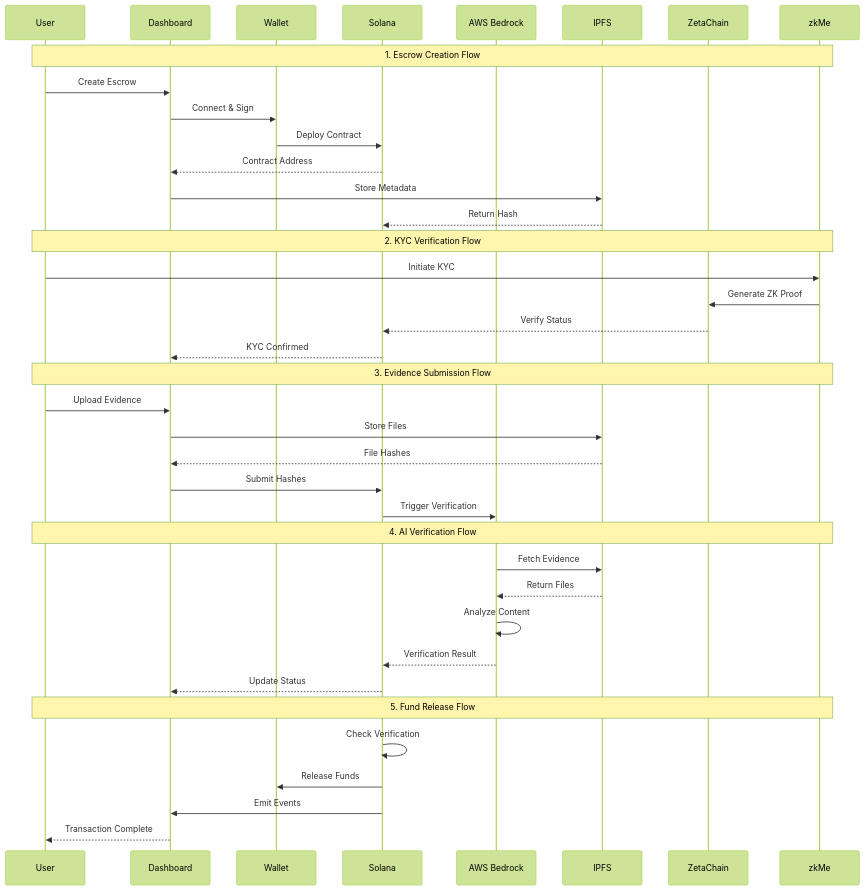
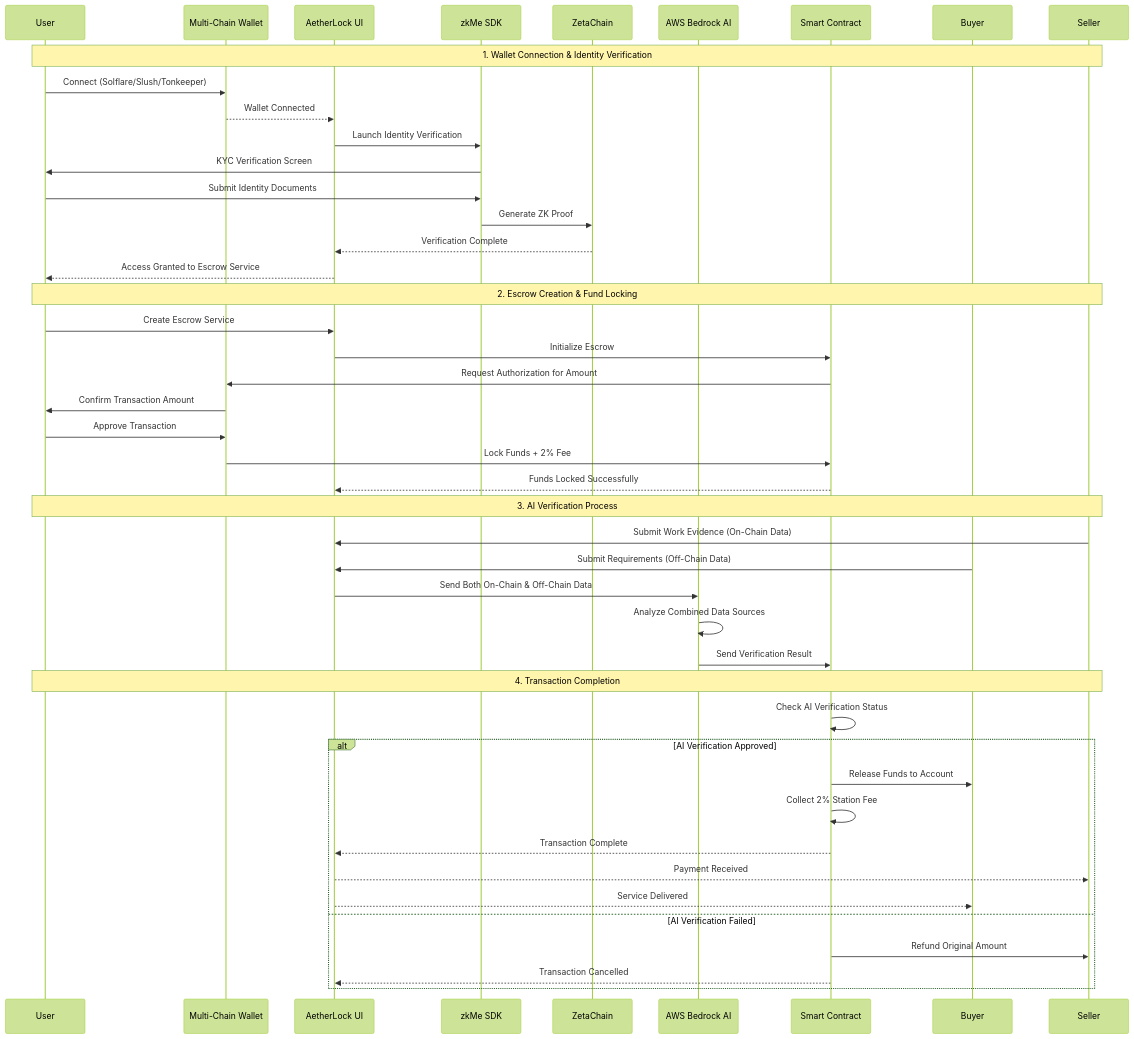
Before and after one commit to De-real-iManuel/aetherlock-docs: the diagram in design/architecture.mdx, drawn with Mermaid (forest theme). The commit also changed other lines of this file and 1 other file, not shown here.

Commit message:
Update architecture with omnichain flow and multi-wallet integration

````diff
--- a/design/architecture.mdx
+++ b/design/architecture.mdx
@@ -5,45 +5,51 @@
 ```mermaid
 sequenceDiagram
     participant User
-    participant Dashboard
-    participant Wallet
-    participant Solana
-    participant AI as AWS Bedrock
-    participant IPFS
+    participant Wallet as Multi-Chain Wallet
+    participant UI as AetherLock UI
+    participant zkMe as zkMe SDK
     participant ZetaChain
-    participant zkMe
+    participant AI as AWS Bedrock AI
+    participant Contract as Smart Contract
+    participant Buyer
+    participant Seller
 
-    Note over User,zkMe: 1. Escrow Creation Flow
-    User->>Dashboard: Create Escrow
-    Dashboard->>Wallet: Connect & Sign
-    Wallet->>Solana: Deploy Contract
-    Solana-->>Dashboard: Contract Address
-    Dashboard->>IPFS: Store Metadata
-    IPFS-->>Solana: Return Hash
+    Note over User,Seller: 1. Wallet Connection & Identity Verification
+    User->>Wallet: Connect (Solflare/Slush/Tonkeeper)
+    Wallet-->>UI: Wallet Connected
+    UI->>zkMe: Launch Identity Verification
+    zkMe->>User: KYC Verification Screen
+    User->>zkMe: Submit Identity Documents
+    zkMe->>ZetaChain: Generate ZK Proof
+    ZetaChain-->>UI: Verification Complete
+    UI-->>User: Access Granted to Escrow Service
 
-    Note over User,zkMe: 2. KYC Verification Flow
-    User->>zkMe: Initiate KYC
-    zkMe->>ZetaChain: Generate ZK Proof
-    ZetaChain-->>Solana: Verify Status
-    Solana-->>Dashboard: KYC Confirmed
+    Note over User,Seller: 2. Escrow Creation & Fund Locking
+    User->>UI: Create Escrow Service
+    UI->>Contract: Initialize Escrow
+    Contract->>Wallet: Request Authorization for Amount
+    Wallet->>User: Confirm Transaction Amount
+    User->>Wallet: Approve Transaction
+    Wallet->>Contract: Lock Funds + 2% Fee
+    Contract-->>UI: Funds Locked Successfully
 
-    Note over User,zkMe: 3. Evidence Submission Flow
-    User->>Dashboard: Upload Evidence
-    Dashboard->>IPFS: Store Files
-    IPFS-->>Dashboard: File Hashes
-    Dashboard->>Solana: Submit Hashes
-    Solana->>AI: Trigger Verification
-
-    Note over User,zkMe: 4. AI Verification Flow
-    AI->>IPFS: Fetch Evidence
-    IPFS-->>AI: Return Files
-    AI->>AI: Analyze Content
-    AI-->>Solana: Verification Result
-    Solana-->>Dashboard: Update Status
-
-    Note over User,zkMe: 5. Fund Release Flow
-    Solana->>Solana: Check Verification
-    Solana->>Wallet: Release Funds
-    Solana->>Dashboard: Emit Events
-    Dashboard-->>User: Transaction Complete
+    Note over User,Seller: 3. AI Verification Process
+    Seller->>UI: Submit Work Evidence (On-Chain Data)
+    Buyer->>UI: Submit Requirements (Off-Chain Data)
+    UI->>AI: Send Both On-Chain & Off-Chain Data
+    AI->>AI: Analyze Combined Data Sources
+    AI->>Contract: Send Verification Result
+    
+    Note over User,Seller: 4. Transaction Completion
+    Contract->>Contract: Check AI Verification Status
+    alt AI Verification Approved
+        Contract->>Buyer: Release Funds to Account
+        Contract->>Contract: Collect 2% Station Fee
+        Contract-->>UI: Transaction Complete
+        UI-->>Seller: Payment Received
+        UI-->>Buyer: Service Delivered
+    else AI Verification Failed
+        Contract->>Seller: Refund Original Amount
+        Contract-->>UI: Transaction Cancelled
+    end
 ```
````
